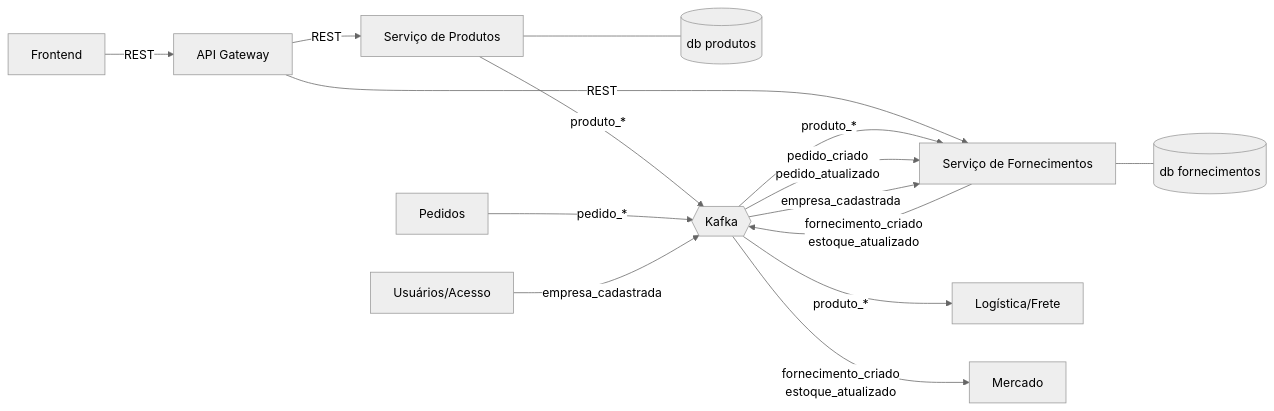
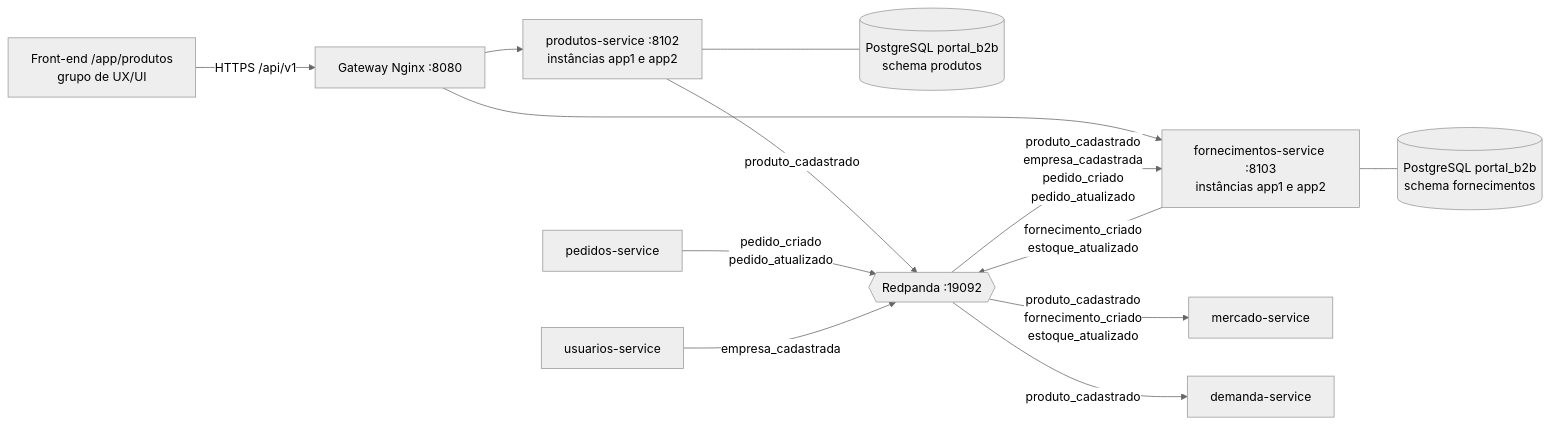
The first of 3 diagrams in docs/relatorio-tecnico.md (davicalvarenga/Sistema-MicServ-SD), drawn with Mermaid (neutral theme) before and after one commit. The commit also changed other lines of this file and 2 other files, not shown here.

First line of the commit message:
Incorpora o kit de infraestrutura aos documentos do grupo

````diff
--- a/docs/relatorio-tecnico.md
+++ b/docs/relatorio-tecnico.md
@@ -69,17 +71,15 @@
 ```mermaid
 flowchart LR
-    FE[Frontend] -->|REST| GW[API Gateway]
-    GW -->|REST| PROD[Serviço de Produtos]
-    GW -->|REST| FORN[Serviço de Fornecimentos]
-    PROD --- DBP[(db produtos)]
-    FORN --- DBF[(db fornecimentos)]
-    PROD -->|produto_*| K{{Kafka}}
+    FE[Front-end /app/produtos<br/>grupo de UX/UI] -->|HTTPS /api/v1| GW[Gateway Nginx :8080]
+    GW --> PROD[produtos-service :8102<br/>instâncias app1 e app2]
+    GW --> FORN[fornecimentos-service :8103<br/>instâncias app1 e app2]
+    PROD --- DBP[(PostgreSQL portal_b2b<br/>schema produtos)]
+    FORN --- DBF[(PostgreSQL portal_b2b<br/>schema fornecimentos)]
+    PROD -->|produto_cadastrado| K{{Redpanda :19092}}
     FORN -->|fornecimento_criado<br/>estoque_atualizado| K
-    K -->|produto_*| FORN
-    K -->|pedido_criado<br/>pedido_atualizado| FORN
-    K -->|empresa_cadastrada| FORN
-    K -->|produto_*| LOG[Logística/Frete]
-    K -->|fornecimento_criado<br/>estoque_atualizado| MER[Mercado]
-    PED[Pedidos] -->|pedido_*| K
-    USR[Usuários/Acesso] -->|empresa_cadastrada| K
+    K -->|produto_cadastrado<br/>empresa_cadastrada<br/>pedido_criado<br/>pedido_atualizado| FORN
+    K -->|produto_cadastrado<br/>fornecimento_criado<br/>estoque_atualizado| MER[mercado-service]
+    K -->|produto_cadastrado| DEM[demanda-service]
+    PED[pedidos-service] -->|pedido_criado<br/>pedido_atualizado| K
+    USR[usuarios-service] -->|empresa_cadastrada| K
 ```
````
